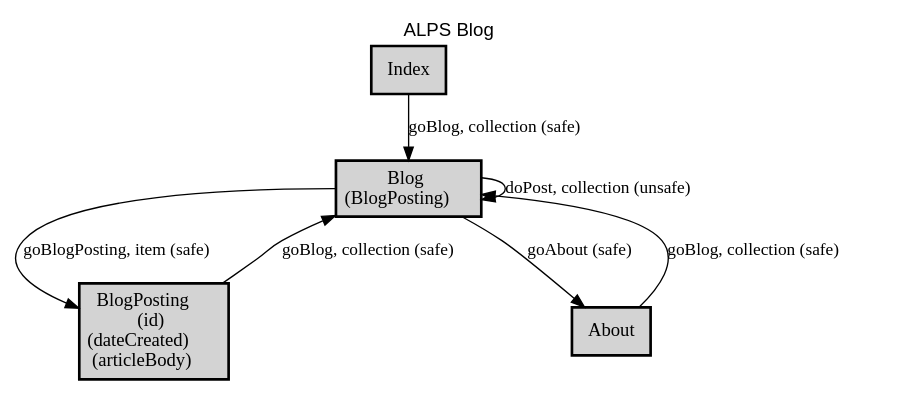
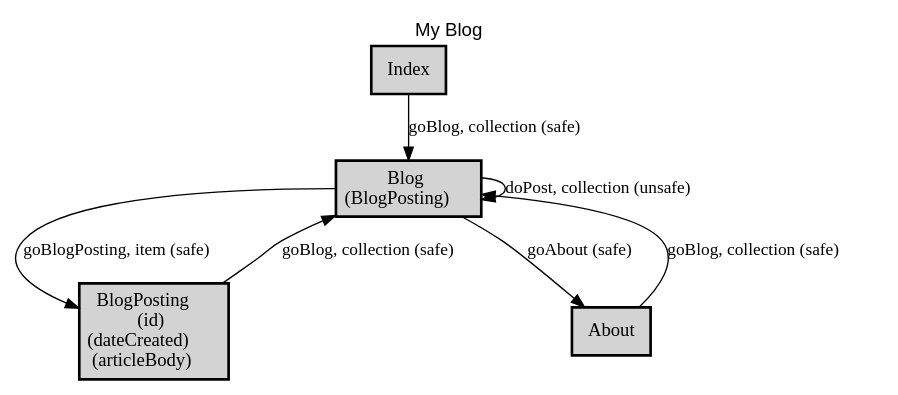
The diagram in profile.dot (NaokiTsuchiya/asd-example), drawn with Graphviz before and after one commit. The commit also changed 18 other files, not shown here.

```diff
--- a/profile.dot
+++ b/profile.dot
@@ -1,23 +1,23 @@
 digraph application_state_diagram {
   graph [
     labelloc="t";
     fontname="Helvetica"
-    label="ALPS Blog";
+    label="My Blog";
     URL="index.html" target="_parent"
   ];
   node [shape = box, style = "bold,filled" fillcolor="lightgray"];
 
     Blog [margin=0.02, label=<<table cellspacing="0" cellpadding="5" border="0"><tr><td>Blog<br />(BlogPosting)<br /></td></tr></table>>,shape=box URL="docs/semantic.Blog.html" target="_parent"]
     BlogPosting [margin=0.02, label=<<table cellspacing="0" cellpadding="5" border="0"><tr><td>BlogPosting<br />(id)<br />(dateCreated)<br />(articleBody)<br /></td></tr></table>>,shape=box URL="docs/semantic.BlogPosting.html" target="_parent"]
 
     About -> Blog [label = <goBlog, collection (safe)> URL="docs/safe.goBlog.html" target="_parent" fontsize=13];
     Blog -> About [label = <goAbout (safe)> URL="docs/safe.goAbout.html" target="_parent" fontsize=13];
     Blog -> Blog [label = <doPost, collection (unsafe)> URL="docs/unsafe.doPost.html" target="_parent" fontsize=13];
     Blog -> BlogPosting [label = <goBlogPosting, item (safe)> URL="docs/safe.goBlogPosting.html" target="_parent" fontsize=13];
     BlogPosting -> Blog [label = <goBlog, collection (safe)> URL="docs/safe.goBlog.html" target="_parent" fontsize=13];
     Index -> Blog [label = <goBlog, collection (safe)> URL="docs/safe.goBlog.html" target="_parent" fontsize=13];
 
     About [label = <About> URL="docs/semantic.About.html" target="_parent"]
     Index [label = <Index> URL="docs/semantic.Index.html" target="_parent"]
 
 }
```
